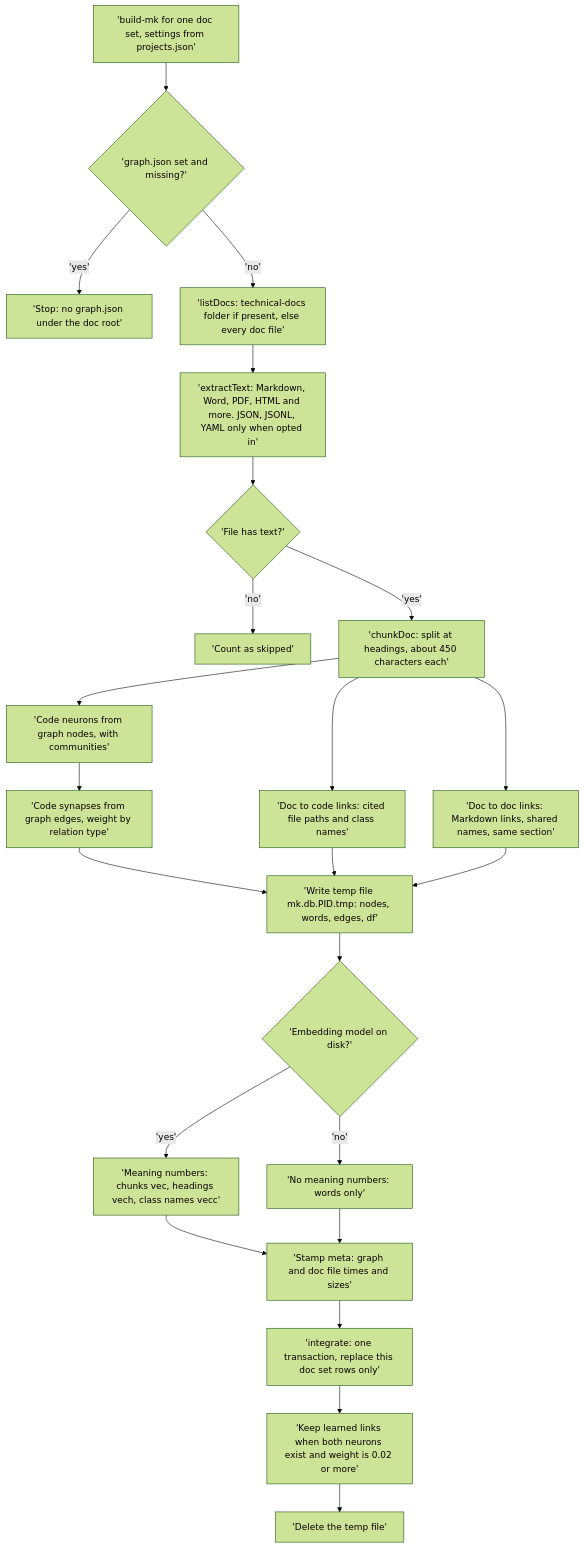
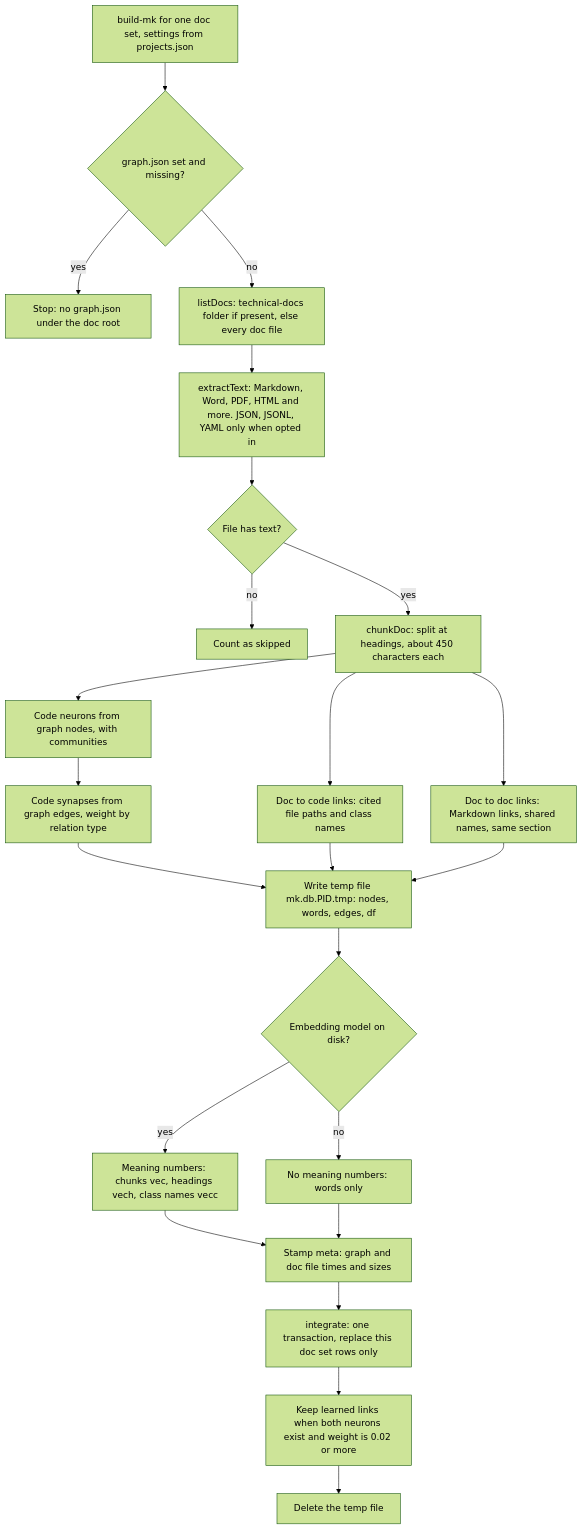
Before and after one commit to ThanhNVan/gabriel-plugin: the fourth of 10 diagrams in docs/WORKFLOWS.md, drawn with Mermaid (forest theme). The commit also changed other lines of this file and 20 other files, not shown here.

````diff
--- a/docs/WORKFLOWS.md
+++ b/docs/WORKFLOWS.md
@@ -124,25 +124,25 @@
 ```mermaid
 flowchart TD
-  A['build-mk for one doc set, settings from projects.json'] --> G{'graph.json set and missing?'}
-  G -- 'yes' --> E1['Stop: no graph.json under the doc root']
-  G -- 'no' --> L['listDocs: technical-docs folder if present, else every doc file']
-  L --> X['extractText: Markdown, Word, PDF, HTML and more. JSON, JSONL, YAML only when opted in']
-  X --> T{'File has text?'}
-  T -- 'no' --> SK['Count as skipped']
-  T -- 'yes' --> C['chunkDoc: split at headings, about 450 characters each']
-  C --> CN['Code neurons from graph nodes, with communities']
-  CN --> CS['Code synapses from graph edges, weight by relation type']
-  C --> DC['Doc to code links: cited file paths and class names']
-  C --> DD['Doc to doc links: Markdown links, shared names, same section']
-  CS --> TMP['Write temp file mk.db.PID.tmp: nodes, words, edges, df']
+  A["build-mk for one doc set, settings from projects.json"] --> G{"graph.json set and missing?"}
+  G -- "yes" --> E1["Stop: no graph.json under the doc root"]
+  G -- "no" --> L["listDocs: technical-docs folder if present, else every doc file"]
+  L --> X["extractText: Markdown, Word, PDF, HTML and more. JSON, JSONL, YAML only when opted in"]
+  X --> T{"File has text?"}
+  T -- "no" --> SK["Count as skipped"]
+  T -- "yes" --> C["chunkDoc: split at headings, about 450 characters each"]
+  C --> CN["Code neurons from graph nodes, with communities"]
+  CN --> CS["Code synapses from graph edges, weight by relation type"]
+  C --> DC["Doc to code links: cited file paths and class names"]
+  C --> DD["Doc to doc links: Markdown links, shared names, same section"]
+  CS --> TMP["Write temp file mk.db.PID.tmp: nodes, words, edges, df"]
   DC --> TMP
   DD --> TMP
-  TMP --> M{'Embedding model on disk?'}
-  M -- 'no' --> W['No meaning numbers: words only']
-  M -- 'yes' --> V['Meaning numbers: chunks vec, headings vech, class names vecc']
-  V --> ST['Stamp meta: graph and doc file times and sizes']
+  TMP --> M{"Embedding model on disk?"}
+  M -- "no" --> W["No meaning numbers: words only"]
+  M -- "yes" --> V["Meaning numbers: chunks vec, headings vech, class names vecc"]
+  V --> ST["Stamp meta: graph and doc file times and sizes"]
   W --> ST
-  ST --> I['integrate: one transaction, replace this doc set rows only']
-  I --> K['Keep learned links when both neurons exist and weight is 0.02 or more']
-  K --> DEL['Delete the temp file']
+  ST --> I["integrate: one transaction, replace this doc set rows only"]
+  I --> K["Keep learned links when both neurons exist and weight is 0.02 or more"]
+  K --> DEL["Delete the temp file"]
 ```
````
